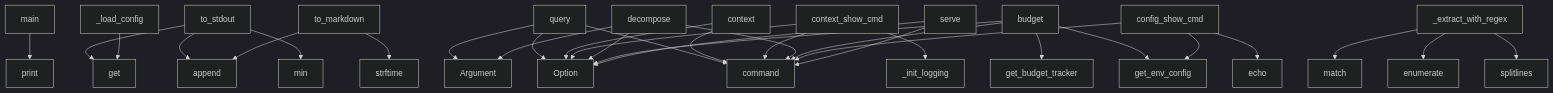
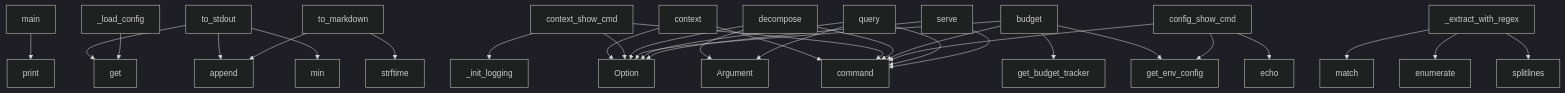
One commit to semcod/prellm changed the diagram in project/context.md. Above: the diagram before and after it, drawn with Mermaid (dark theme). The commit also changed other lines of this file and 31 other files, not shown here.

````diff
--- a/project/context.md
+++ b/project/context.md
@@ -639,33 +641,33 @@
 ```mermaid
 graph TD
     main --> print
     to_stdout --> min
     to_stdout --> get
     to_stdout --> append
-    query --> command
-    query --> Argument
-    query --> Option
     to_markdown --> strftime
     to_markdown --> append
     context --> command
     context --> Option
     context_show_cmd --> command
     context_show_cmd --> Option
     context_show_cmd --> _init_logging
     decompose --> command
     decompose --> Argument
     decompose --> Option
     budget --> command
     budget --> Option
     budget --> get_env_config
     budget --> get_budget_tracker
     config_show_cmd --> command
     config_show_cmd --> get_env_config
     config_show_cmd --> echo
     _load_config --> get
     _extract_with_regex --> splitlines
     _extract_with_regex --> enumerate
     _extract_with_regex --> match
+    query --> command
+    query --> Argument
+    query --> Option
     serve --> command
     serve --> Option
 ```
````
